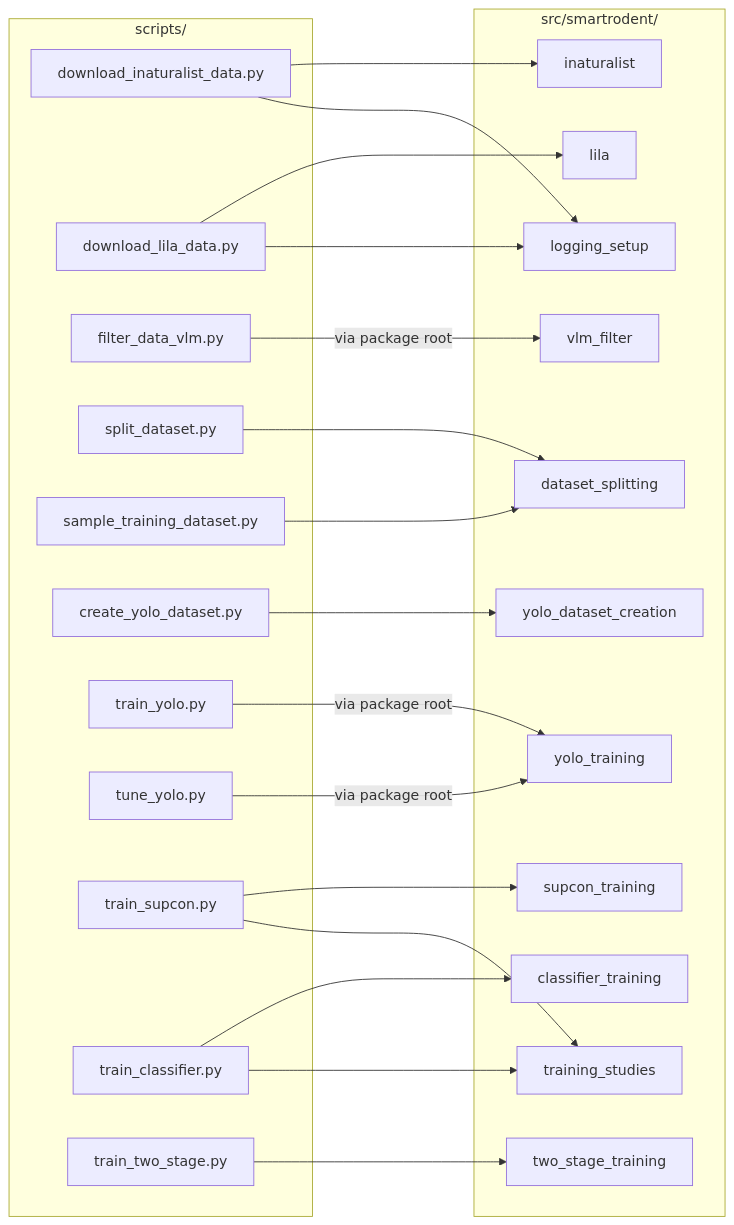
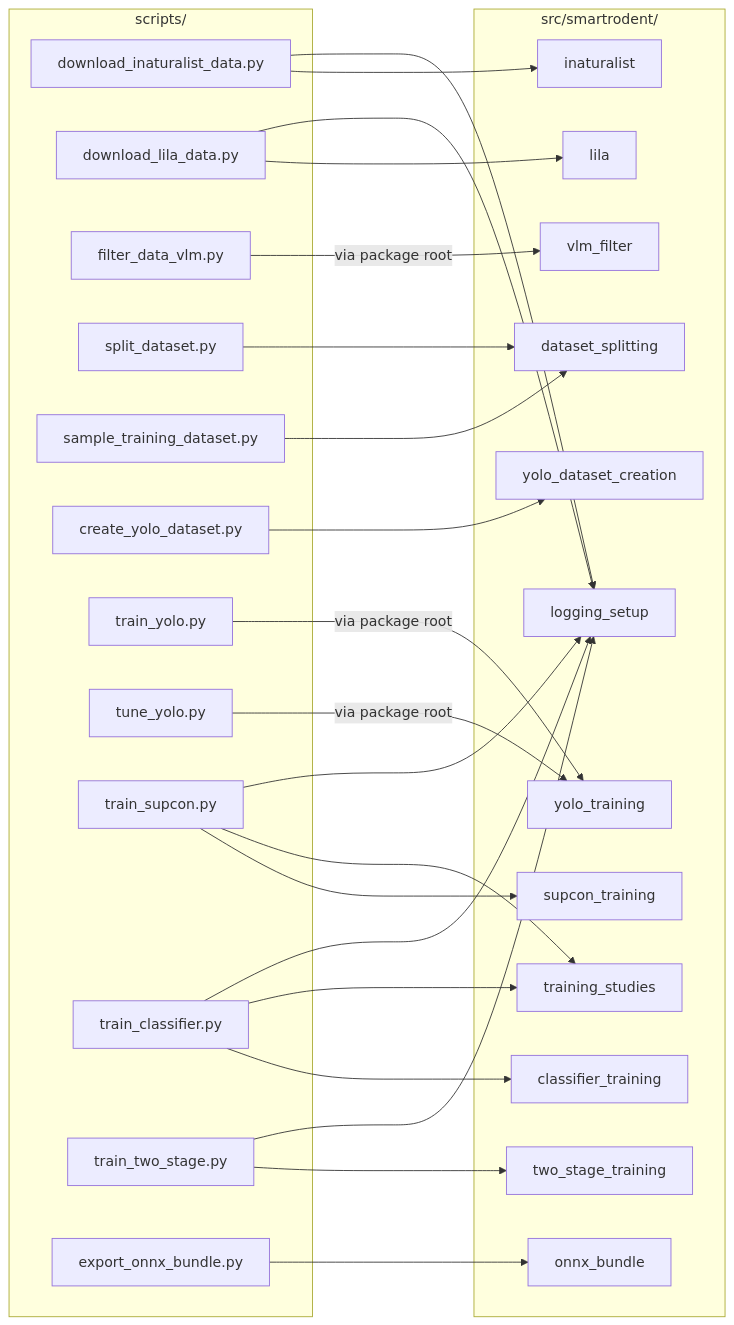
The first of 7 diagrams in README.md (ssciwr/smartrodent_experiments), drawn with Mermaid before and after one commit. The commit also changed other lines of this file, not shown here.

````diff
--- a/README.md
+++ b/README.md
@@ -158,46 +160,52 @@
 ```mermaid
 flowchart LR
     subgraph scripts["scripts/"]
         s_inat[download_inaturalist_data.py]
         s_lila[download_lila_data.py]
         s_filter[filter_data_vlm.py]
         s_split[split_dataset.py]
         s_sample[sample_training_dataset.py]
         s_yolo[create_yolo_dataset.py]
         s_yolotrain[train_yolo.py]
         s_yolotune[tune_yolo.py]
         s_supcon[train_supcon.py]
         s_clf[train_classifier.py]
         s_two[train_two_stage.py]
+        s_bundle[export_onnx_bundle.py]
     end
 
     subgraph lib["src/smartrodent/"]
         inaturalist
         lila
         vlm_filter
         dataset_splitting
         yolo_dataset_creation
         yolo_training
         supcon_training
         classifier_training
         training_studies
         two_stage_training
+        onnx_bundle
         logging_setup
     end
 
     s_inat --> inaturalist
     s_inat --> logging_setup
     s_lila --> lila
     s_lila --> logging_setup
     s_filter -->|via package root| vlm_filter
     s_split --> dataset_splitting
     s_sample --> dataset_splitting
     s_yolo --> yolo_dataset_creation
     s_yolotrain -->|via package root| yolo_training
     s_yolotune -->|via package root| yolo_training
     s_supcon --> supcon_training
     s_supcon --> training_studies
+    s_supcon --> logging_setup
     s_clf --> classifier_training
     s_clf --> training_studies
+    s_clf --> logging_setup
     s_two --> two_stage_training
+    s_two --> logging_setup
+    s_bundle --> onnx_bundle
 ```
````
